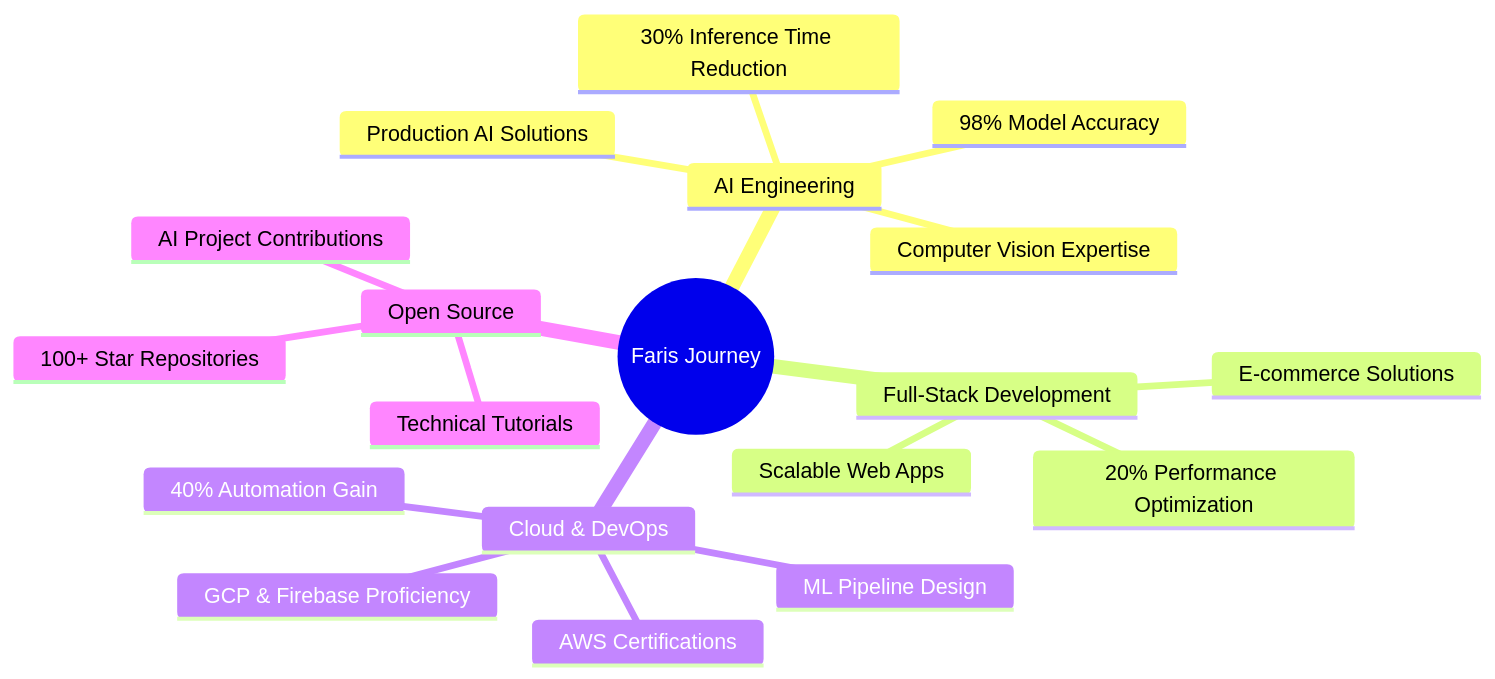
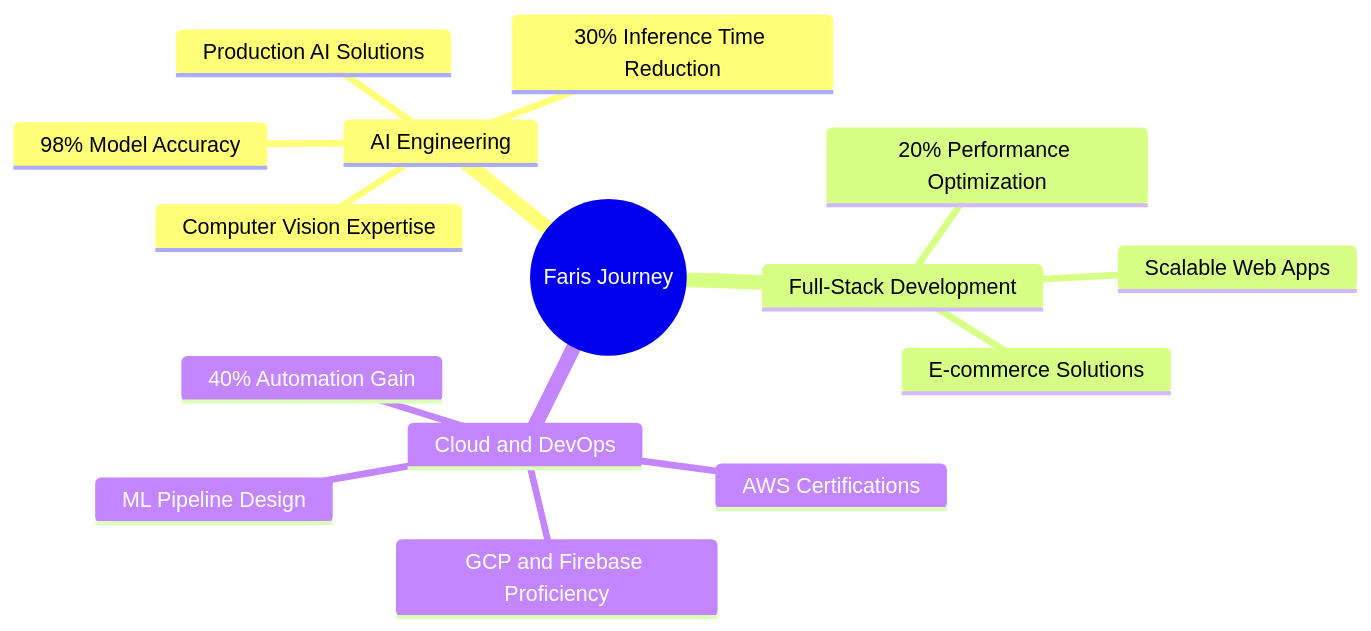
Before and after one commit to Darwee4/Darwee4: the diagram in README.md, drawn with Mermaid.

````diff
--- a/README.md
+++ b/README.md
@@ -46,22 +46,19 @@
 ```mermaid
 mindmap
   root((Faris Journey))
     AI Engineering
       98% Model Accuracy
       30% Inference Time Reduction
       Production AI Solutions
       Computer Vision Expertise
     Full-Stack Development
       Scalable Web Apps
       E-commerce Solutions
       20% Performance Optimization
-    Cloud & DevOps
+    Cloud and DevOps
       AWS Certifications
       ML Pipeline Design
       40% Automation Gain
-      GCP & Firebase Proficiency
-    Open Source
-      AI Project Contributions
-      100+ Star Repositories
-      Technical Tutorials
+      GCP and Firebase Proficiency
+    
 ```
````
